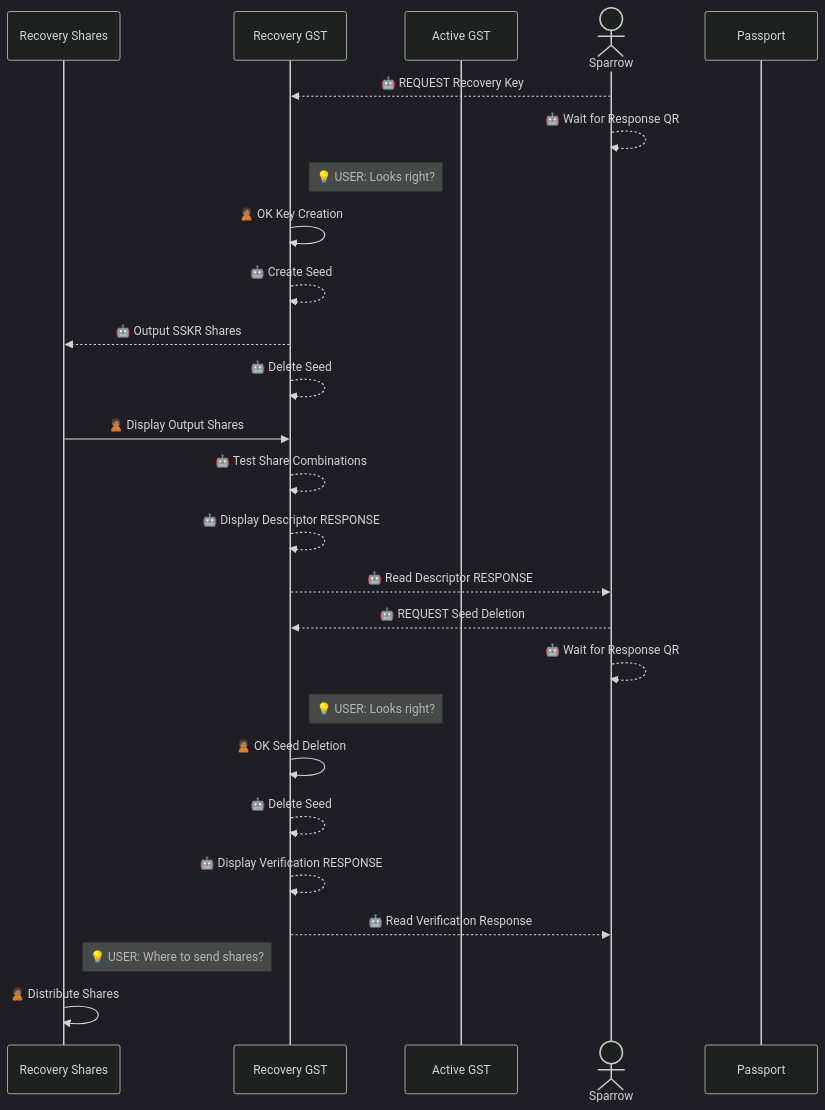
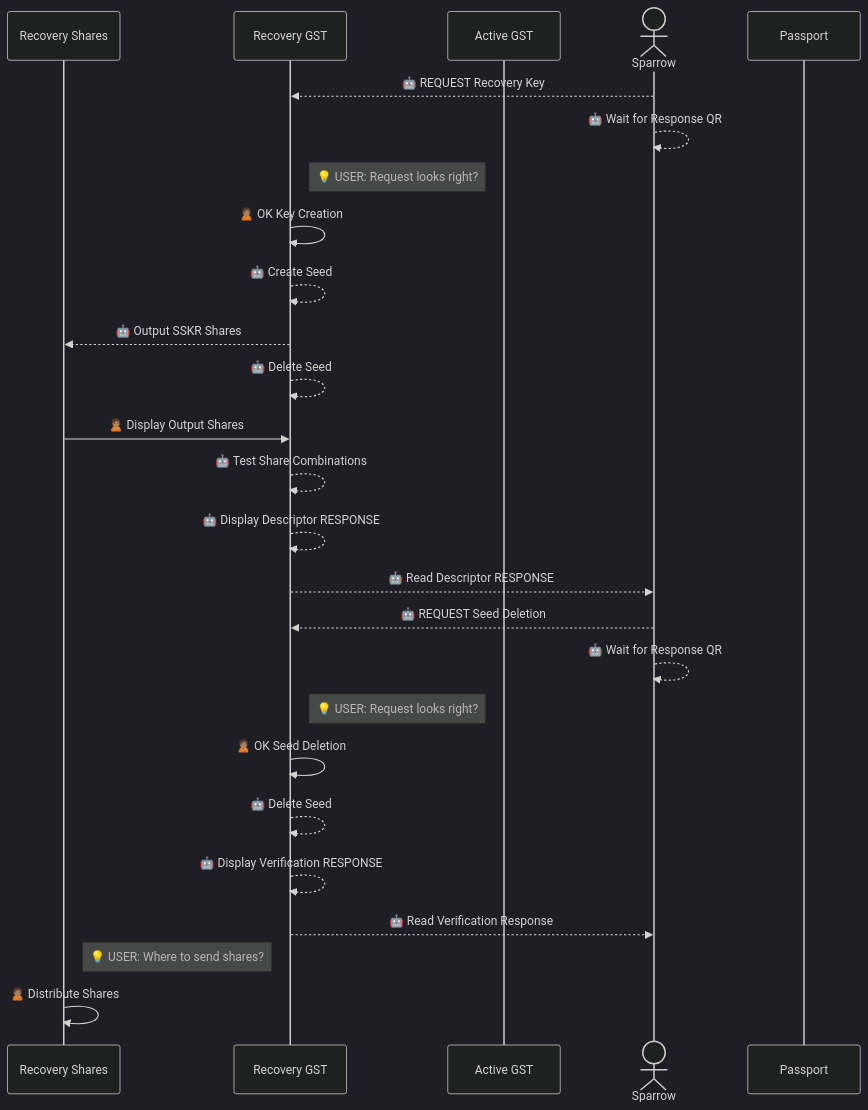
The eighth of 12 diagrams in Docs/Scenario-Multisig-RR.md (BlockchainCommons/SmartCustody), drawn with Mermaid (dark theme) before and after one commit. The commit also changed other lines of this file, not shown here.

````diff
--- a/Docs/Scenario-Multisig-RR.md
+++ b/Docs/Scenario-Multisig-RR.md
@@ -209,31 +211,31 @@
 ```mermaid
 sequenceDiagram
 participant Rs as Recovery Shares
 participant R as Recovery GST
 participant S1 as Active GST
 actor TC as Sparrow
 participant S2 as Passport
 
 TC-->>R: 🤖 REQUEST Recovery Key
 TC-->>TC: 🤖 Wait for Response QR
 
-note right of R: 💡 USER: Looks right?
+note right of R: 💡 USER: Request looks right?
 R->>R: 🙎🏽 OK Key Creation
 R-->>R: 🤖 Create Seed
 R-->>Rs: 🤖 Output SSKR Shares
 R-->>R: 🤖 Delete Seed
 Rs->>R: 🙎🏽 Display Output Shares
 R-->>R: 🤖 Test Share Combinations
 R-->>R: 🤖 Display Descriptor RESPONSE
 R-->>TC: 🤖 Read Descriptor RESPONSE
 
 TC-->>R: 🤖 REQUEST Seed Deletion
 TC-->>TC: 🤖 Wait for Response QR
-note right of R: 💡 USER: Looks right?
+note right of R: 💡 USER: Request looks right?
 R->>R: 🙎🏽 OK Seed Deletion
 R-->>R: 🤖 Delete Seed
 R-->>R: 🤖 Display Verification RESPONSE
 R-->>TC: 🤖 Read Verification Response
 note right of Rs: 💡 USER: Where to send shares?
 Rs->>Rs: 🙎🏽 Distribute Shares
 ```
````
